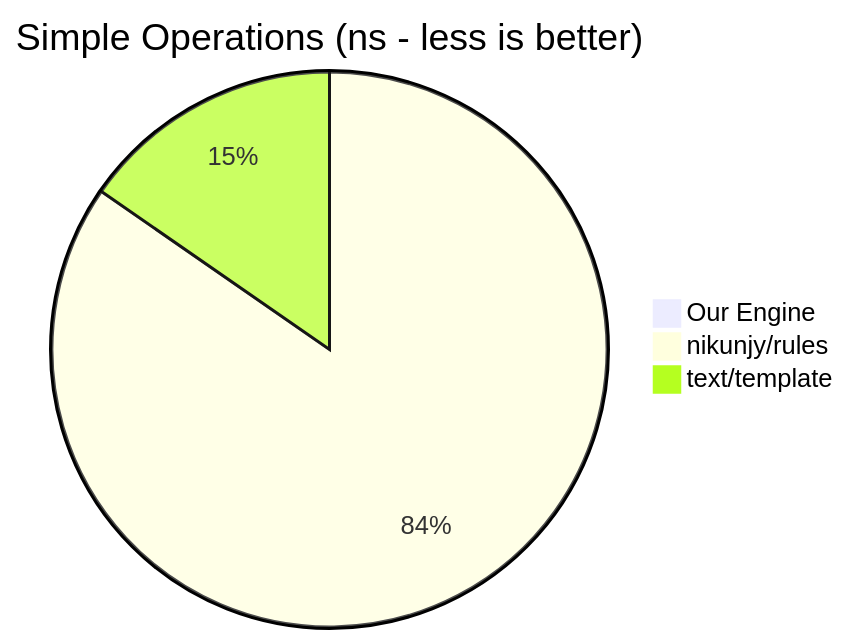
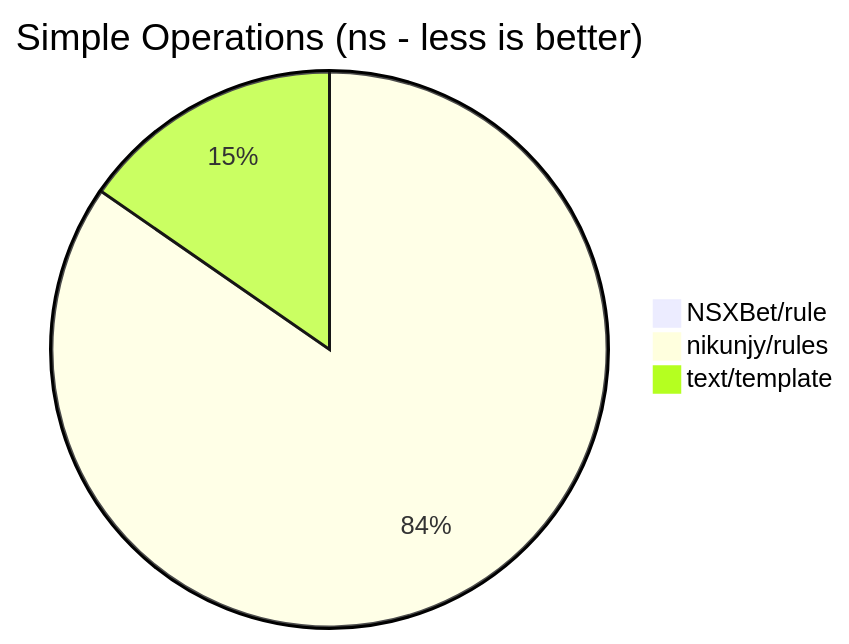
One commit to NSXBet/rule changed the first of 6 diagrams in README.md. Above: the diagram before and after it, drawn with Mermaid. The commit also changed other lines of this file, not shown here.

````diff
--- a/README.md
+++ b/README.md
@@ -455,6 +455,6 @@
 ```mermaid
 pie title Simple Operations (ns - less is better)
-    "Our Engine" : 26.12
+    "NSXBet/rule" : 26.12
     "nikunjy/rules" : 3039
     "text/template" : 551.3
 ```
````
